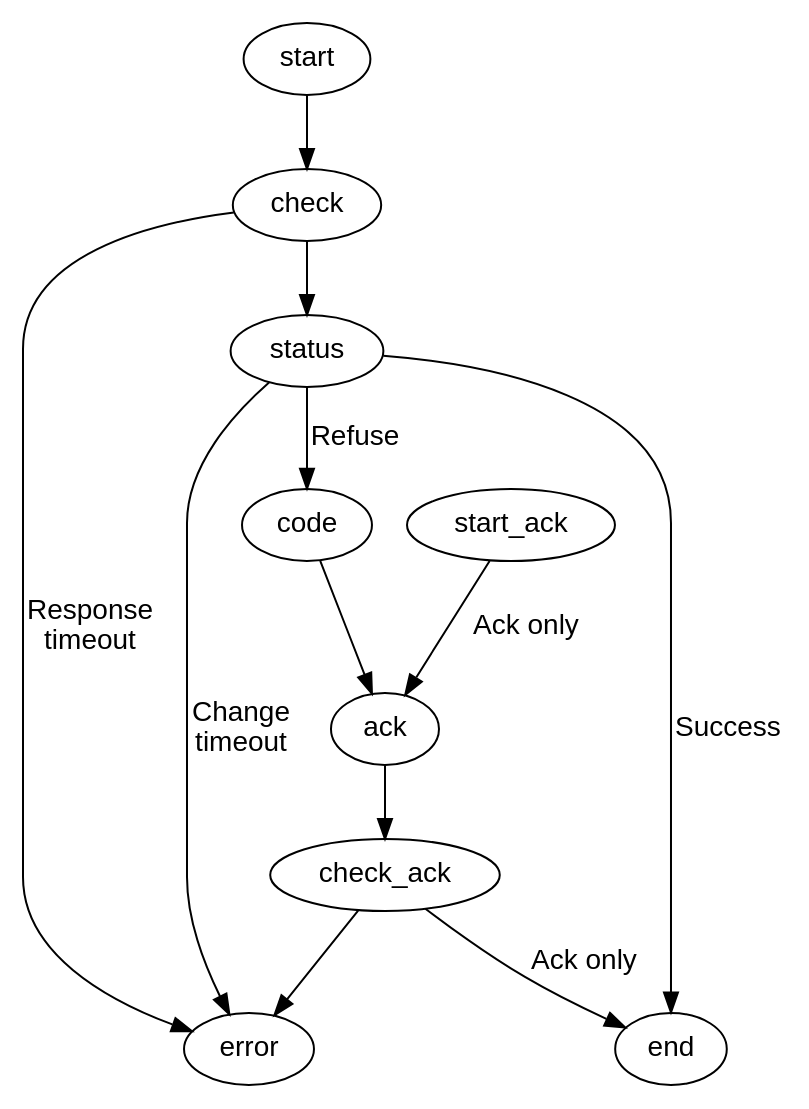
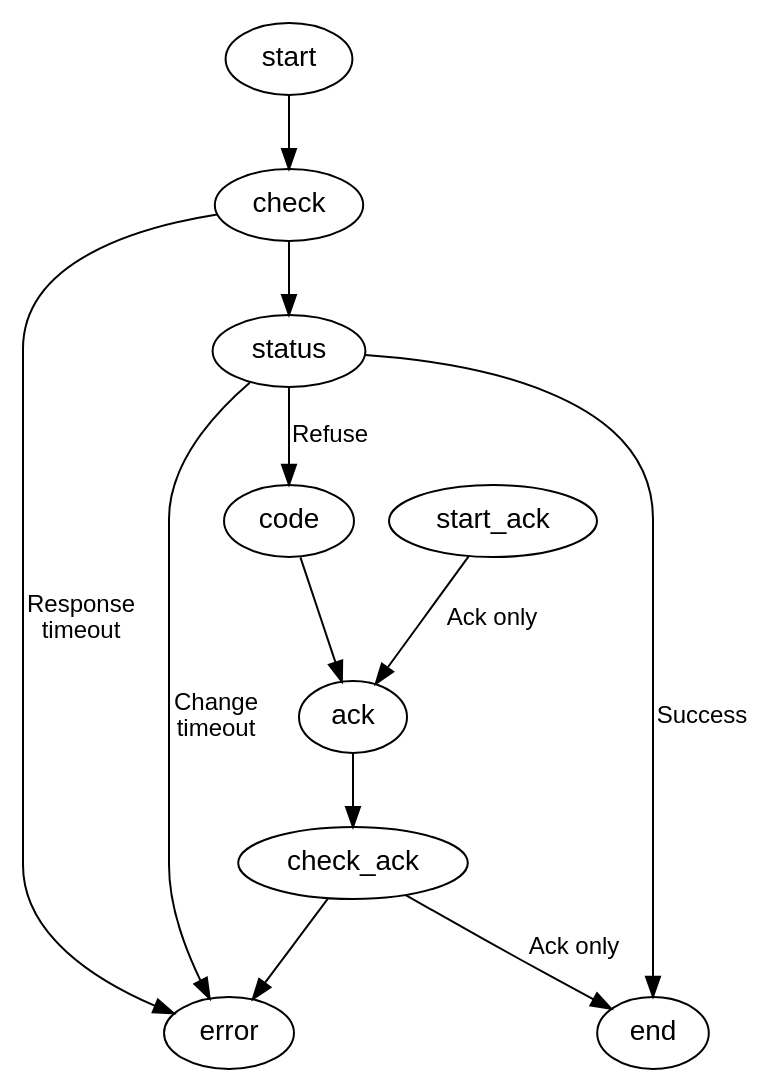
One commit to ribalda/ethercat changed the diagram in documentation/graphs/fsm_change.dot. Above: the diagram before and after it, drawn with Graphviz. The commit also changed 664 other files, not shown here.

```diff
--- a/documentation/graphs/fsm_change.dot
+++ b/documentation/graphs/fsm_change.dot
@@ -1,34 +1,36 @@
 
 /* $Id$ */
 
 digraph change {
+    node [fontname="Helvetica"]
+    edge [fontname="Helvetica", fontsize="12"]
 
-    start [fontname="Helvetica"]
+    start
     start -> check [weight=5]
 
-    check [fontname="Helvetica"]
+    check
     check -> status [weight=5]
-    check -> error [fontname="Helvetica", label="Response\ntimeout"]
+    check -> error [label="Response\ntimeout"]
 
-    status [fontname="Helvetica"]
-    status -> end [fontname="Helvetica", label="Success", weight=5]
-    status -> code [fontname="Helvetica", label="Refuse", weight=5]
-    status -> error [fontname="Helvetica", label="Change\ntimeout"]
+    status
+    status -> end [label="Success", weight=5]
+    status -> code [label="Refuse", weight=5]
+    status -> error [label="Change\ntimeout"]
 
-    code [fontname="Helvetica"]
+    code
     code -> ack [weight=2]
 
-    start_ack [fontname="Helvetica"]
-    start_ack -> ack [fontname="Helvetica", label="Ack only"]
+    start_ack
+    start_ack -> ack [label="Ack only"]
 
-    ack [fontname="Helvetica"]
+    ack
     ack -> check_ack [weight=2]
 
-    check_ack [fontname="Helvetica"]
-    check_ack -> end [fontname="Helvetica", label="Ack only"]
+    check_ack
+    check_ack -> end [label="Ack only"]
     check_ack -> error [weight=2]
 
-    end [fontname="Helvetica"]
+    end
 
-    error [fontname="Helvetica"]
+    error
 }
```
